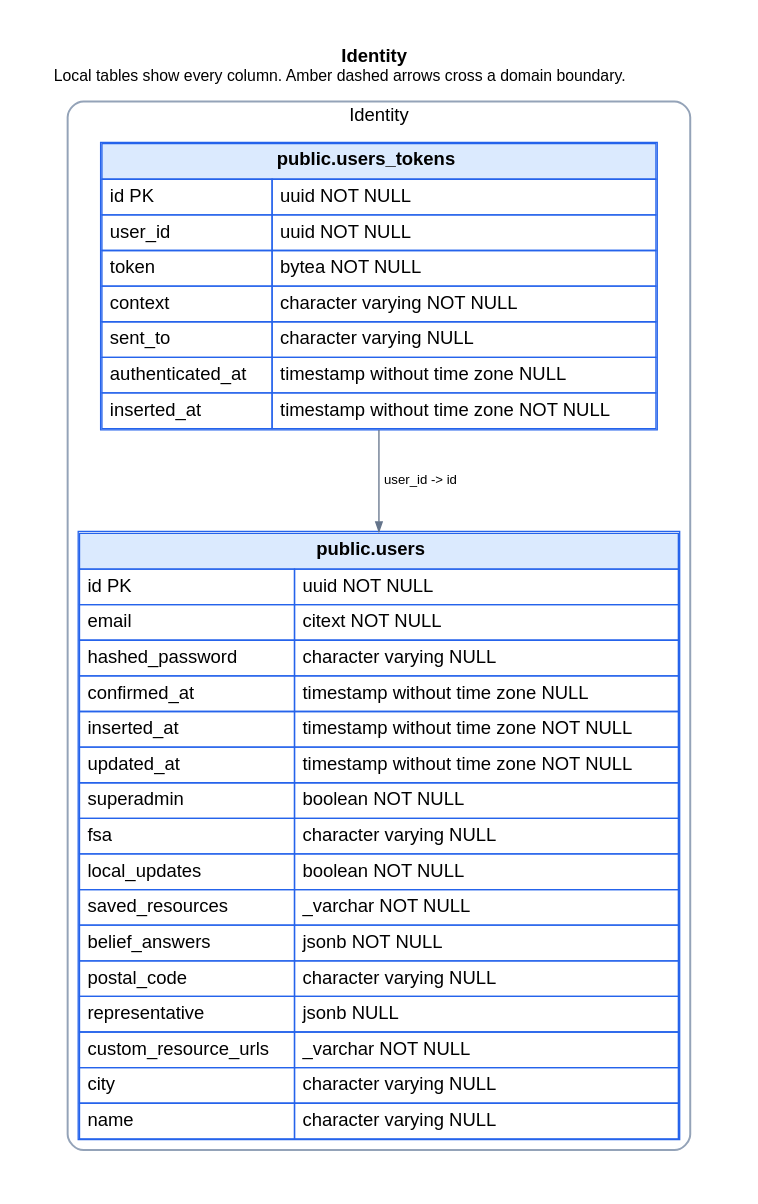
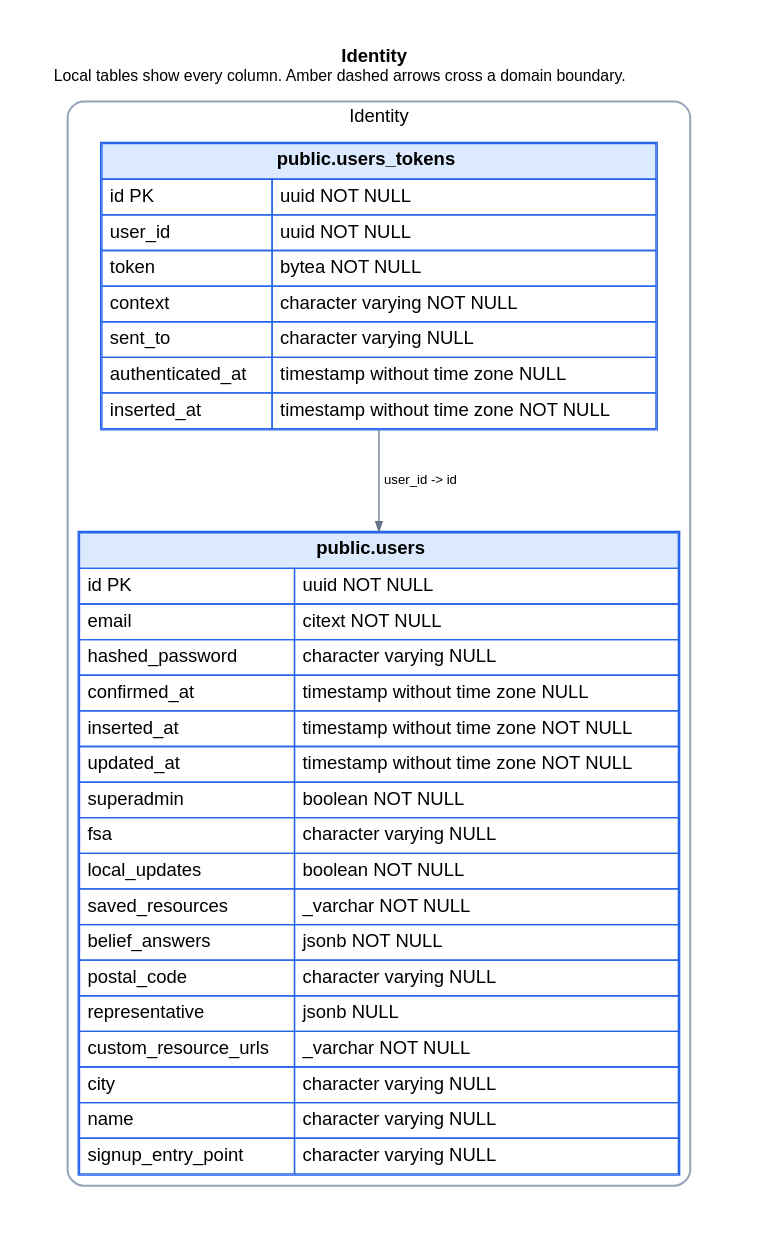
The diagram in docs/schema/domains/identity.dot (ogourment/pauseai.ca-website), drawn with Graphviz before and after one commit. The commit also changed 38 other files, not shown here.

```diff
--- a/docs/schema/domains/identity.dot
+++ b/docs/schema/domains/identity.dot
@@ -1,38 +1,38 @@
 digraph identity {
   graph [rankdir=TB, bgcolor="white", pad=0.35, nodesep=0.6, ranksep=0.9, fontname="Helvetica"];
   node [shape=plain, fontname="Helvetica"];
   edge [fontname="Helvetica", fontsize=10, arrowsize=0.7];
   labelloc="t";
   label=< <B>Identity</B><BR/><FONT POINT-SIZE="12">Local tables show every column. Amber dashed arrows cross a domain boundary.</FONT> >;
 
   subgraph cluster_local {
     label="Identity";
     color="#94a3b8";
     penwidth=1.5;
     style="rounded";
   "users" [label=<
     <TABLE BORDER="1" CELLBORDER="1" CELLSPACING="0" CELLPADDING="5" COLOR="#2563eb">
       <TR><TD BGCOLOR="#dbeafe" COLSPAN="2"><B>public.users</B></TD></TR>
-      <TR><TD ALIGN="LEFT">id PK</TD><TD ALIGN="LEFT">uuid NOT NULL</TD></TR><TR><TD ALIGN="LEFT">email</TD><TD ALIGN="LEFT">citext NOT NULL</TD></TR><TR><TD ALIGN="LEFT">hashed_password</TD><TD ALIGN="LEFT">character varying NULL</TD></TR><TR><TD ALIGN="LEFT">confirmed_at</TD><TD ALIGN="LEFT">timestamp without time zone NULL</TD></TR><TR><TD ALIGN="LEFT">inserted_at</TD><TD ALIGN="LEFT">timestamp without time zone NOT NULL</TD></TR><TR><TD ALIGN="LEFT">updated_at</TD><TD ALIGN="LEFT">timestamp without time zone NOT NULL</TD></TR><TR><TD ALIGN="LEFT">superadmin</TD><TD ALIGN="LEFT">boolean NOT NULL</TD></TR><TR><TD ALIGN="LEFT">fsa</TD><TD ALIGN="LEFT">character varying NULL</TD></TR><TR><TD ALIGN="LEFT">local_updates</TD><TD ALIGN="LEFT">boolean NOT NULL</TD></TR><TR><TD ALIGN="LEFT">saved_resources</TD><TD ALIGN="LEFT">_varchar NOT NULL</TD></TR><TR><TD ALIGN="LEFT">belief_answers</TD><TD ALIGN="LEFT">jsonb NOT NULL</TD></TR><TR><TD ALIGN="LEFT">postal_code</TD><TD ALIGN="LEFT">character varying NULL</TD></TR><TR><TD ALIGN="LEFT">representative</TD><TD ALIGN="LEFT">jsonb NULL</TD></TR><TR><TD ALIGN="LEFT">custom_resource_urls</TD><TD ALIGN="LEFT">_varchar NOT NULL</TD></TR><TR><TD ALIGN="LEFT">city</TD><TD ALIGN="LEFT">character varying NULL</TD></TR><TR><TD ALIGN="LEFT">name</TD><TD ALIGN="LEFT">character varying NULL</TD></TR>
+      <TR><TD ALIGN="LEFT">id PK</TD><TD ALIGN="LEFT">uuid NOT NULL</TD></TR><TR><TD ALIGN="LEFT">email</TD><TD ALIGN="LEFT">citext NOT NULL</TD></TR><TR><TD ALIGN="LEFT">hashed_password</TD><TD ALIGN="LEFT">character varying NULL</TD></TR><TR><TD ALIGN="LEFT">confirmed_at</TD><TD ALIGN="LEFT">timestamp without time zone NULL</TD></TR><TR><TD ALIGN="LEFT">inserted_at</TD><TD ALIGN="LEFT">timestamp without time zone NOT NULL</TD></TR><TR><TD ALIGN="LEFT">updated_at</TD><TD ALIGN="LEFT">timestamp without time zone NOT NULL</TD></TR><TR><TD ALIGN="LEFT">superadmin</TD><TD ALIGN="LEFT">boolean NOT NULL</TD></TR><TR><TD ALIGN="LEFT">fsa</TD><TD ALIGN="LEFT">character varying NULL</TD></TR><TR><TD ALIGN="LEFT">local_updates</TD><TD ALIGN="LEFT">boolean NOT NULL</TD></TR><TR><TD ALIGN="LEFT">saved_resources</TD><TD ALIGN="LEFT">_varchar NOT NULL</TD></TR><TR><TD ALIGN="LEFT">belief_answers</TD><TD ALIGN="LEFT">jsonb NOT NULL</TD></TR><TR><TD ALIGN="LEFT">postal_code</TD><TD ALIGN="LEFT">character varying NULL</TD></TR><TR><TD ALIGN="LEFT">representative</TD><TD ALIGN="LEFT">jsonb NULL</TD></TR><TR><TD ALIGN="LEFT">custom_resource_urls</TD><TD ALIGN="LEFT">_varchar NOT NULL</TD></TR><TR><TD ALIGN="LEFT">city</TD><TD ALIGN="LEFT">character varying NULL</TD></TR><TR><TD ALIGN="LEFT">name</TD><TD ALIGN="LEFT">character varying NULL</TD></TR><TR><TD ALIGN="LEFT">signup_entry_point</TD><TD ALIGN="LEFT">character varying NULL</TD></TR>
     </TABLE>
   >];
 
   "users_tokens" [label=<
     <TABLE BORDER="1" CELLBORDER="1" CELLSPACING="0" CELLPADDING="5" COLOR="#2563eb">
       <TR><TD BGCOLOR="#dbeafe" COLSPAN="2"><B>public.users_tokens</B></TD></TR>
       <TR><TD ALIGN="LEFT">id PK</TD><TD ALIGN="LEFT">uuid NOT NULL</TD></TR><TR><TD ALIGN="LEFT">user_id</TD><TD ALIGN="LEFT">uuid NOT NULL</TD></TR><TR><TD ALIGN="LEFT">token</TD><TD ALIGN="LEFT">bytea NOT NULL</TD></TR><TR><TD ALIGN="LEFT">context</TD><TD ALIGN="LEFT">character varying NOT NULL</TD></TR><TR><TD ALIGN="LEFT">sent_to</TD><TD ALIGN="LEFT">character varying NULL</TD></TR><TR><TD ALIGN="LEFT">authenticated_at</TD><TD ALIGN="LEFT">timestamp without time zone NULL</TD></TR><TR><TD ALIGN="LEFT">inserted_at</TD><TD ALIGN="LEFT">timestamp without time zone NOT NULL</TD></TR>
     </TABLE>
   >];
 
   }
 
   subgraph cluster_external {
     label="External-domain references — other relationships are intentionally omitted";
     color="#cbd5e1";
     penwidth=1;
     style="rounded";
 
   }
 
   "users_tokens" -> "users" [label="user_id -> id", color="#64748b"];
 }
```
